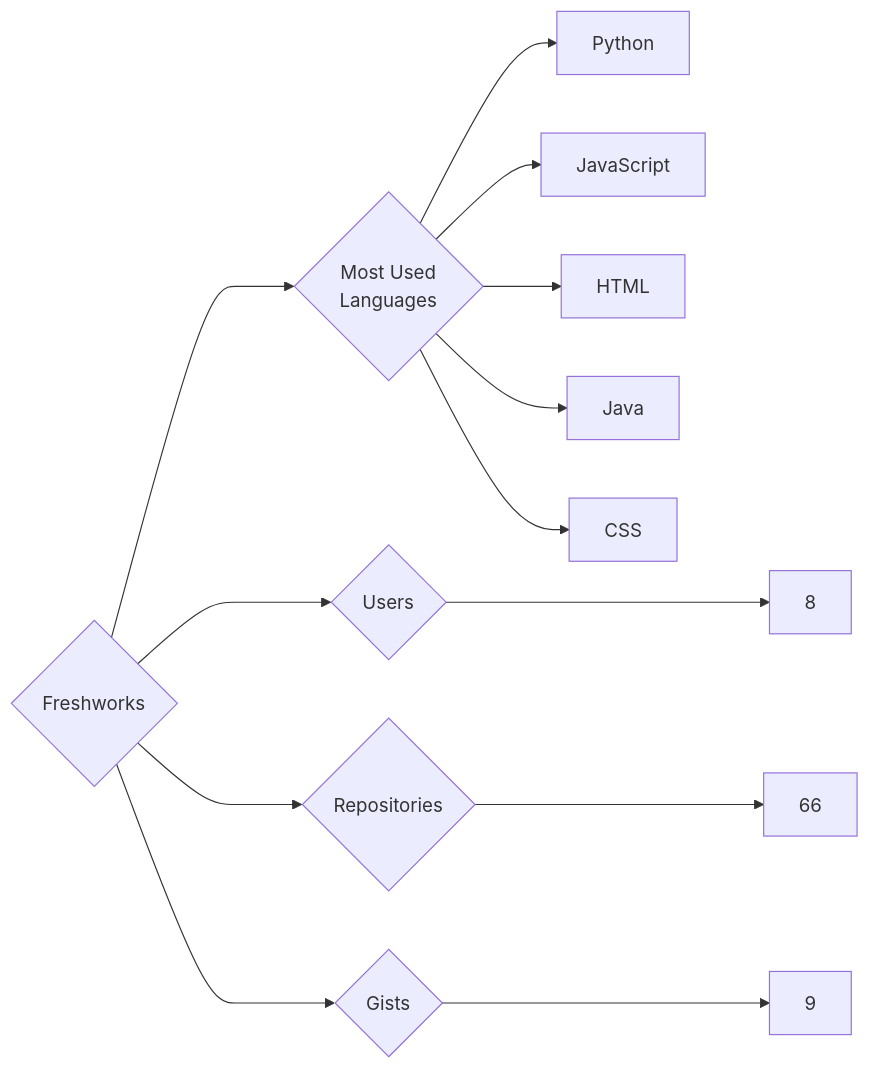
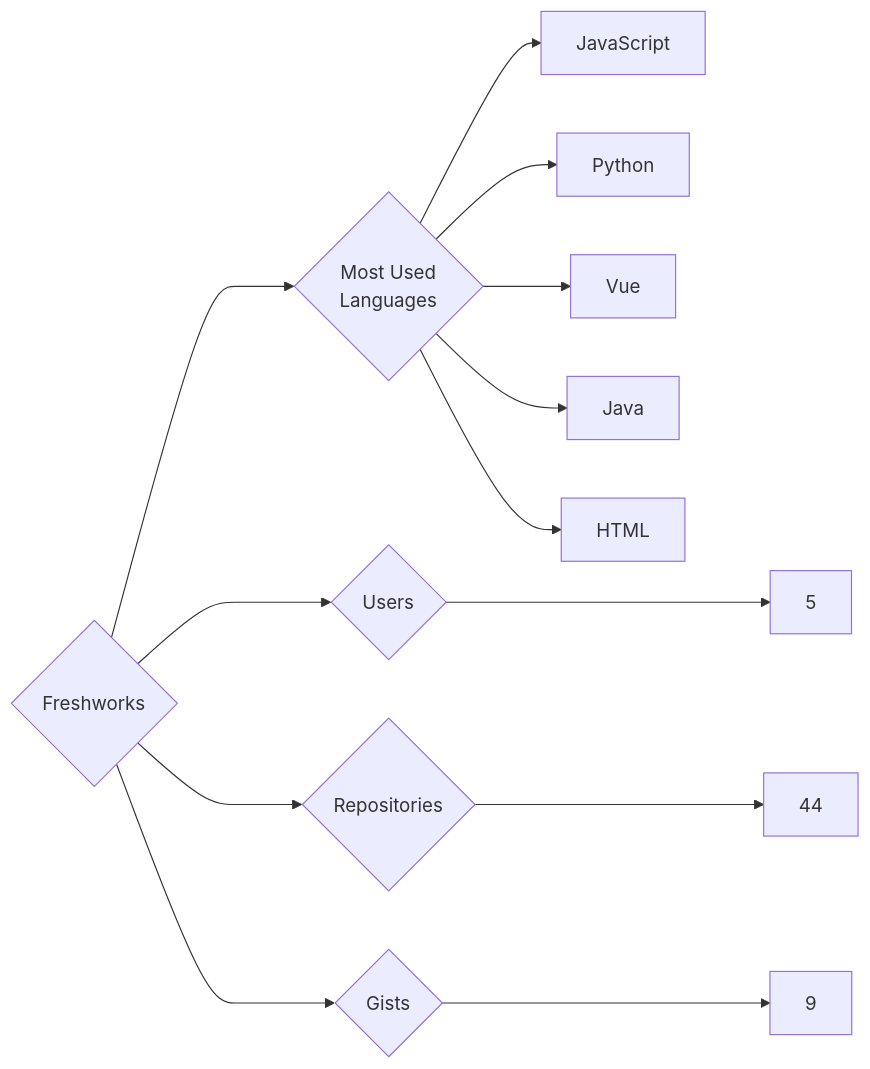
The diagram in targets/Freshworks/README.md (trickest/insiders), drawn with Mermaid before and after one commit. The commit also changed 934 other files, not shown here.

````diff
--- a/targets/Freshworks/README.md
+++ b/targets/Freshworks/README.md
@@ -3,13 +3,13 @@
 ```mermaid
 graph LR
 COMPANY_NAME{Freshworks}
-COMPANY_NAME ---> U{Users} ---> UN[8]
-COMPANY_NAME ---> R{Repositories} ---> RN[66]
+COMPANY_NAME ---> U{Users} ---> UN[5]
+COMPANY_NAME ---> R{Repositories} ---> RN[44]
 COMPANY_NAME ---> G{Gists} ---> GN[9]
 COMPANY_NAME ---> ML{Most Used<br>Languages}
+ML --> JavaScript[JavaScript]
 ML --> Python[Python]
-ML --> JavaScript[JavaScript]
+ML --> Vue[Vue]
+ML --> Java[Java]
 ML --> HTML[HTML]
-ML --> Java[Java]
-ML --> CSS[CSS]
 ```
````
